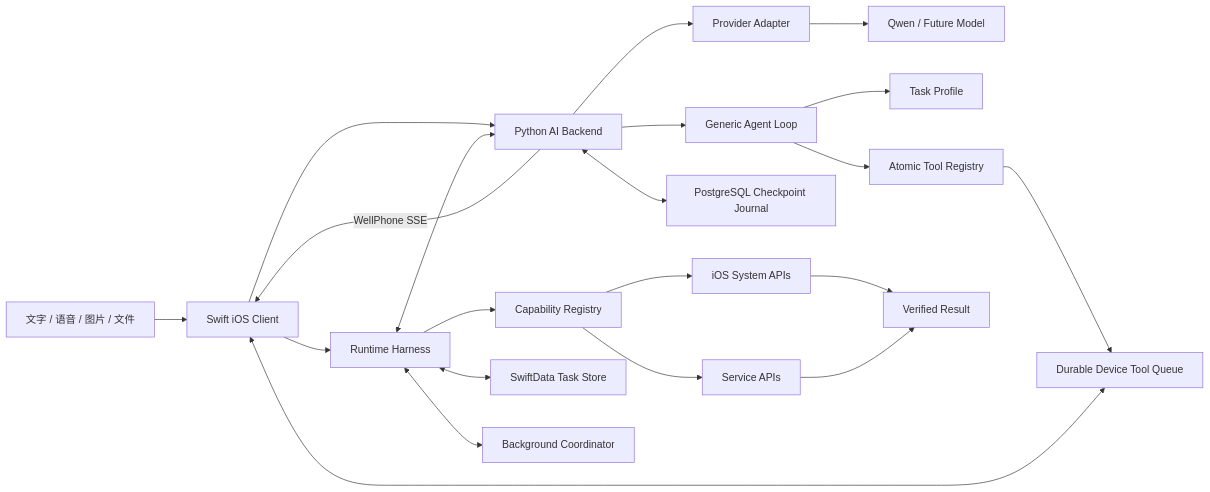
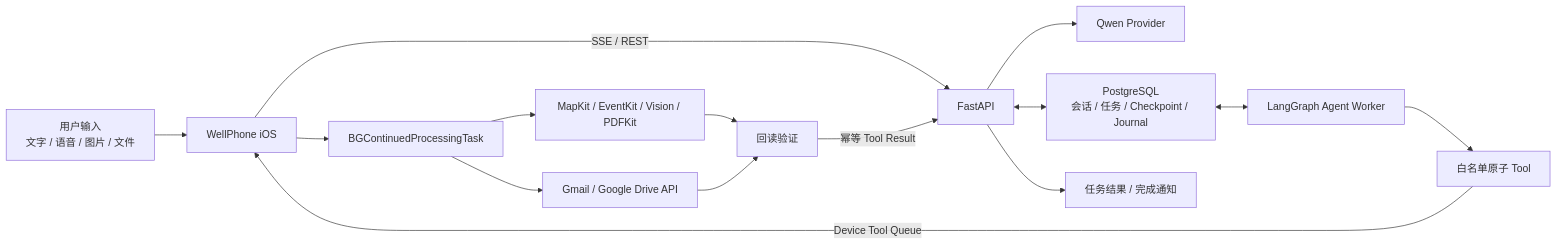
The diagram in README.md (Kirin-Hunter-Nan/wellphone), drawn with Mermaid before and after one commit. The commit also changed other lines of this file and 24 other files, not shown here.

````diff
--- a/README.md
+++ b/README.md
@@ -17,23 +19,17 @@
 ```mermaid
 flowchart LR
-    A["文字 / 语音 / 图片 / 文件"] --> B["Swift iOS Client"]
-    B --> C["Python AI Backend"]
-    C --> D["Provider Adapter"]
-    D --> E["Qwen / Future Model"]
-    C --> N["Generic Agent Loop"]
-    N --> O["Task Profile"]
-    N --> P["Atomic Tool Registry"]
-    P --> Q["Durable Device Tool Queue"]
-    Q <--> B
-    C -->|"WellPhone SSE"| B
-    B --> F["Runtime Harness"]
-    F --> G["Capability Registry"]
-    F <--> H["SwiftData Task Store"]
-    F <--> C
-    C <--> M["PostgreSQL Checkpoint Journal"]
-    F <--> I["Background Coordinator"]
-    G --> J["iOS System APIs"]
-    G --> K["Service APIs"]
-    J --> L["Verified Result"]
-    K --> L
+    U["用户输入<br/>文字 / 语音 / 图片 / 文件"] --> IOS["WellPhone iOS"]
+    IOS -->|"SSE / REST"| API["FastAPI"]
+    API --> MODEL["Qwen Provider"]
+    API <--> DB["PostgreSQL<br/>会话 / 任务 / Checkpoint / Journal"]
+    DB <--> WORKER["LangGraph Agent Worker"]
+    WORKER --> TOOLS["白名单原子 Tool"]
+    TOOLS -->|"Device Tool Queue"| IOS
+    IOS --> BG["BGContinuedProcessingTask"]
+    BG --> NATIVE["MapKit / EventKit / Vision / PDFKit"]
+    BG --> GOOGLE["Gmail / Google Drive API"]
+    NATIVE --> VERIFY["回读验证"]
+    GOOGLE --> VERIFY
+    VERIFY -->|"幂等 Tool Result"| API
+    API --> DONE["任务结果 / 完成通知"]
 ```
````
